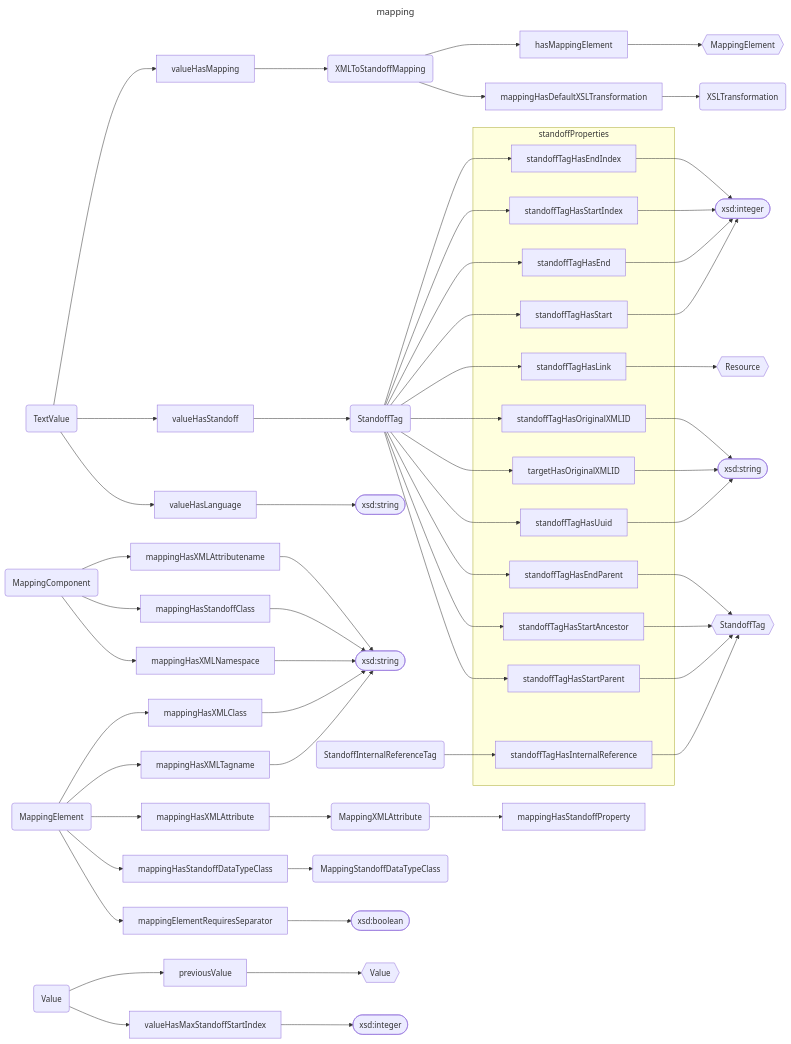
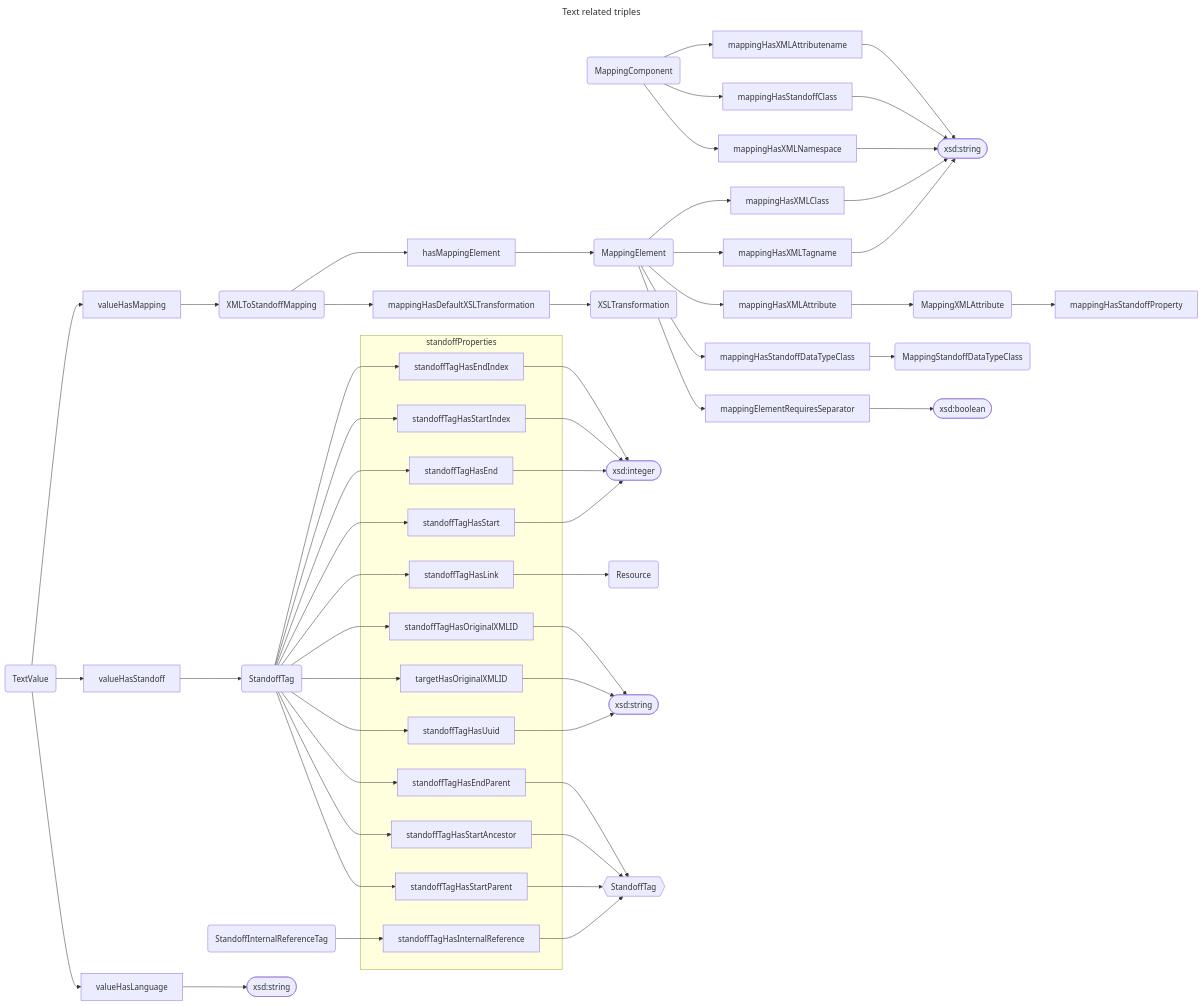
One commit to dasch-swiss/dsp-api changed diagram 14 of 15 in docs/05-internals/design/domain/domain-model.md. Above: the diagram before and after it, drawn with Mermaid. The commit also changed other lines of this file, not shown here.

````diff
--- a/docs/05-internals/design/domain/domain-model.md
+++ b/docs/05-internals/design/domain/domain-model.md
@@ -689,76 +688,69 @@
 ```mermaid
 ---
-title: mapping
+title: Text related triples
 ---
 flowchart LR
   %% Classes
   MappingComponent(MappingComponent)
   MappingElement(MappingElement)
   MappingXMLAttribute(MappingXMLAttribute)
   MappingStandoffDataTypeClass(MappingStandoffDataTypeClass)
-  Value(Value)
   TextValue(TextValue)
   XMLToStandoffMapping(XMLToStandoffMapping)
   XSLTransformation(XSLTransformation)
   StandoffTag(StandoffTag)
   StandoffInternalReferenceTag(StandoffInternalReferenceTag)
+  Resource(Resource)
 
   %% Duplicates
-  _MappingElement{{MappingElement}}
-  _Value{{Value}}
-  _Resource{{Resource}}
   _StandoffTag{{StandoffTag}}
 
   %% Values
   string1([xsd:string])
   string2([xsd:string])
   string3([xsd:string])
   boolean1([xsd:boolean])
   integer1([xsd:integer])
-  integer2([xsd:integer])
 
   %% Relations
   TextValue --> valueHasMapping --> XMLToStandoffMapping
-  XMLToStandoffMapping --> hasMappingElement --> _MappingElement
+  XMLToStandoffMapping --> hasMappingElement --> MappingElement
   XMLToStandoffMapping --> mappingHasDefaultXSLTransformation --> XSLTransformation
   TextValue --> valueHasStandoff --> StandoffTag
   subgraph standoffProperties
     standoffTagHasEndIndex
     standoffTagHasStartIndex
     standoffTagHasEnd
     standoffTagHasStart
     standoffTagHasLink
     standoffTagHasOriginalXMLID
     targetHasOriginalXMLID
     standoffTagHasUuid
     standoffTagHasEndParent
     standoffTagHasStartAncestor
     standoffTagHasStartParent
     standoffTagHasInternalReference
   end
   StandoffTag --> standoffTagHasEndIndex --> integer1
   StandoffTag --> standoffTagHasStartIndex --> integer1
   StandoffTag --> standoffTagHasEnd --> integer1
   StandoffTag --> standoffTagHasStart --> integer1
-  StandoffTag --> standoffTagHasLink --> _Resource
+  StandoffTag --> standoffTagHasLink --> Resource
   StandoffTag --> standoffTagHasOriginalXMLID --> string2
   StandoffTag --> targetHasOriginalXMLID --> string2
   StandoffTag --> standoffTagHasUuid --> string2
   StandoffTag --> standoffTagHasEndParent --> _StandoffTag
   StandoffTag --> standoffTagHasStartAncestor --> _StandoffTag
   StandoffTag --> standoffTagHasStartParent --> _StandoffTag
   StandoffInternalReferenceTag --> standoffTagHasInternalReference --> _StandoffTag
   TextValue --> valueHasLanguage --> string3
 
   MappingComponent --> mappingHasXMLAttributename --> string1
   MappingComponent --> mappingHasStandoffClass --> string1
   MappingComponent --> mappingHasXMLNamespace --> string1
   MappingElement --> mappingHasXMLClass --> string1
   MappingElement --> mappingHasXMLTagname --> string1
   MappingElement --> mappingHasXMLAttribute --> MappingXMLAttribute --> mappingHasStandoffProperty
   MappingElement --> mappingHasStandoffDataTypeClass --> MappingStandoffDataTypeClass
   MappingElement --> mappingElementRequiresSeparator --> boolean1
-  
-  Value --> previousValue --> _Value
-  Value --> valueHasMaxStandoffStartIndex --> integer2
 ```
````
